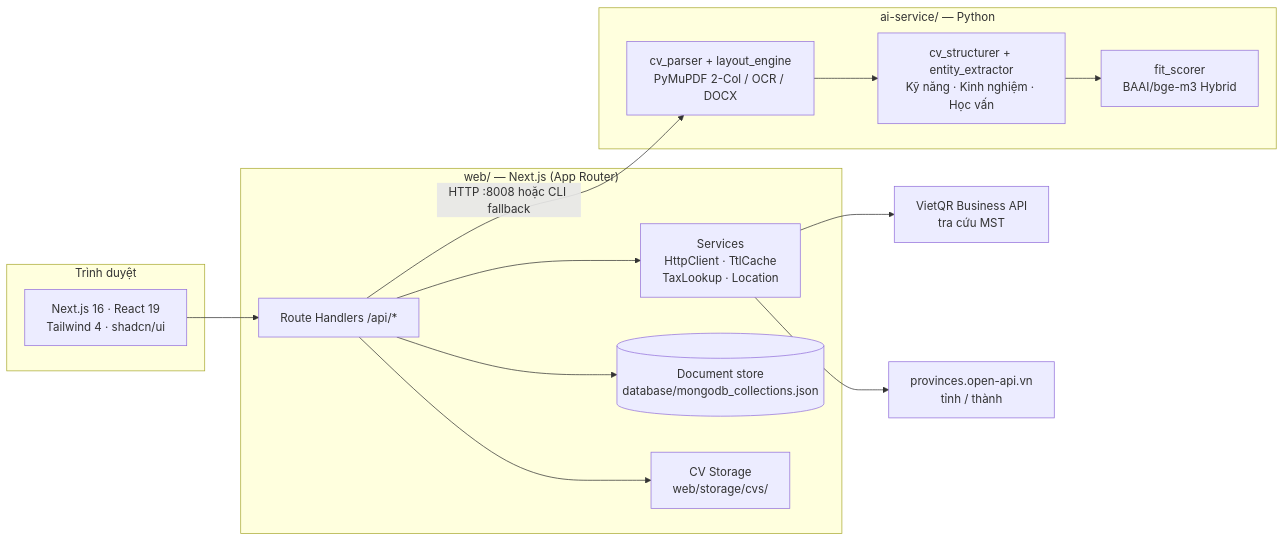
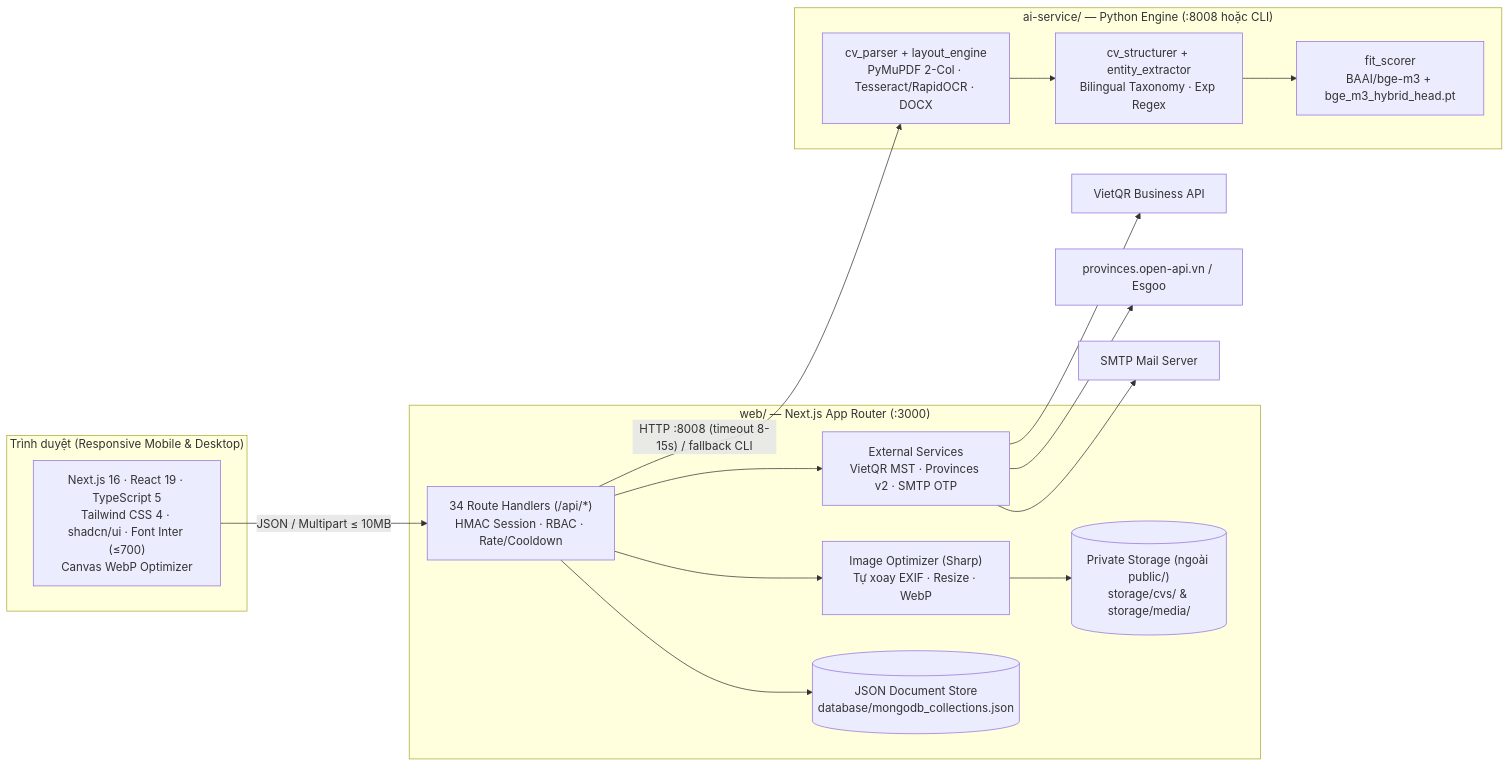
The first of 3 diagrams in README.md (phamkhoa18/dungviec-platform), drawn with Mermaid before and after one commit. The commit also changed other lines of this file, not shown here.

````diff
--- a/README.md
+++ b/README.md
@@ -90,31 +118,32 @@
 ```mermaid
 flowchart LR
-    subgraph Client["Trình duyệt"]
-        UI["Next.js 16 · React 19<br/>Tailwind 4 · shadcn/ui"]
+    subgraph Client["Trình duyệt (Responsive Mobile & Desktop)"]
+        UI["Next.js 16 · React 19 · TypeScript 5<br/>Tailwind CSS 4 · shadcn/ui · Font Inter (≤700)<br/>Canvas WebP Optimizer"]
     end
 
-    subgraph Web["web/ — Next.js (App Router)"]
-        API["Route Handlers /api/*"]
-        SVC["Services<br/>HttpClient · TtlCache<br/>TaxLookup · Location"]
-        STORE[("Document store<br/>database/mongodb_collections.json")]
-        FILES["CV Storage<br/>web/storage/cvs/"]
+    subgraph Web["web/ — Next.js App Router (:3000)"]
+        API["34 Route Handlers (/api/*)<br/>HMAC Session · RBAC · Rate/Cooldown"]
+        IMG["Image Optimizer (Sharp)<br/>Tự xoay EXIF · Resize · WebP"]
+        SVC["External Services<br/>VietQR MST · Provinces v2 · SMTP OTP"]
+        STORE[("JSON Document Store<br/>database/mongodb_collections.json")]
+        FILES[("Private Storage (ngoài public/)<br/>storage/cvs/ & storage/media/")]
     end
 
-    subgraph AI["ai-service/ — Python"]
-        PARSE["cv_parser + layout_engine<br/>PyMuPDF 2-Col / OCR / DOCX"]
-        STRUCT["cv_structurer + entity_extractor<br/>Kỹ năng · Kinh nghiệm · Học vấn"]
-        SCORE["fit_scorer<br/>BAAI/bge-m3 Hybrid"]
+    subgraph AI["ai-service/ — Python Engine (:8008 hoặc CLI)"]
+        PARSE["cv_parser + layout_engine<br/>PyMuPDF 2-Col · Tesseract/RapidOCR · DOCX"]
+        STRUCT["cv_structurer + entity_extractor<br/>Bilingual Taxonomy · Exp Regex"]
+        SCORE["fit_scorer<br/>BAAI/bge-m3 + bge_m3_hybrid_head.pt"]
     end
 
-    EXT1["VietQR Business API<br/>tra cứu MST"]
-    EXT2["provinces.open-api.vn<br/>tỉnh / thành"]
+    EXT1["VietQR Business API"]
+    EXT2["provinces.open-api.vn / Esgoo"]
+    EXT3["SMTP Mail Server"]
 
-    UI --> API
+    UI -->|"JSON / Multipart ≤ 10MB"| API
     API --> STORE
-    API --> FILES
-    API -->|"HTTP :8008 hoặc CLI fallback"| PARSE
+    API --> IMG --> FILES
+    API -->|"HTTP :8008 (timeout 8-15s) / fallback CLI"| PARSE
     PARSE --> STRUCT --> SCORE
     API --> SVC
-    SVC --> EXT1
-    SVC --> EXT2
+    SVC --> EXT1 & EXT2 & EXT3
 ```
````
